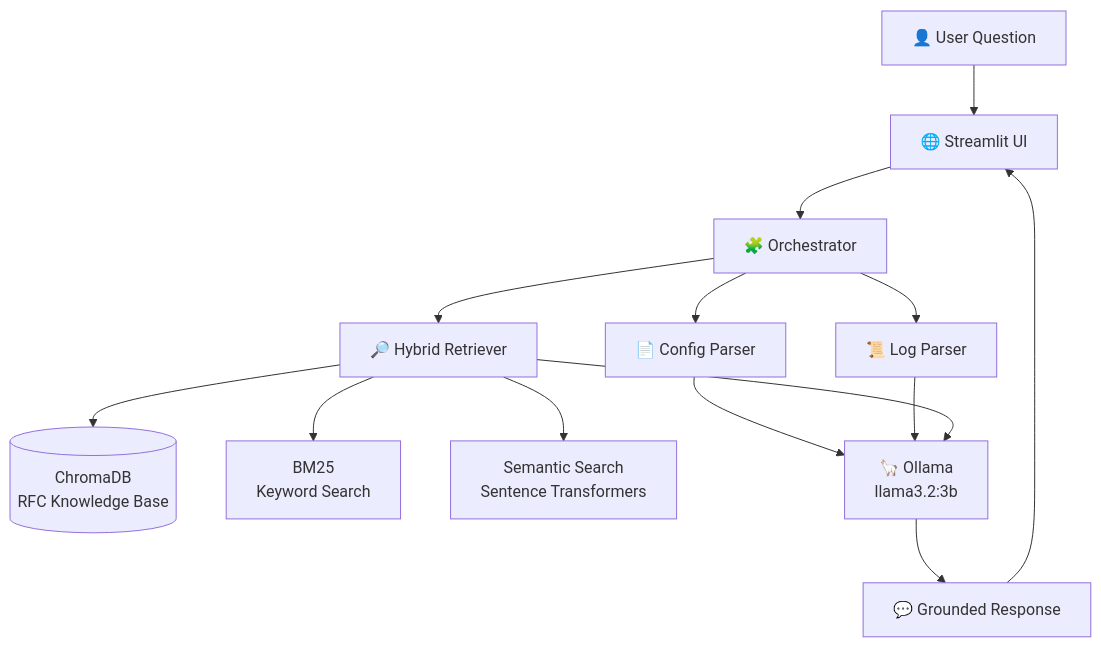
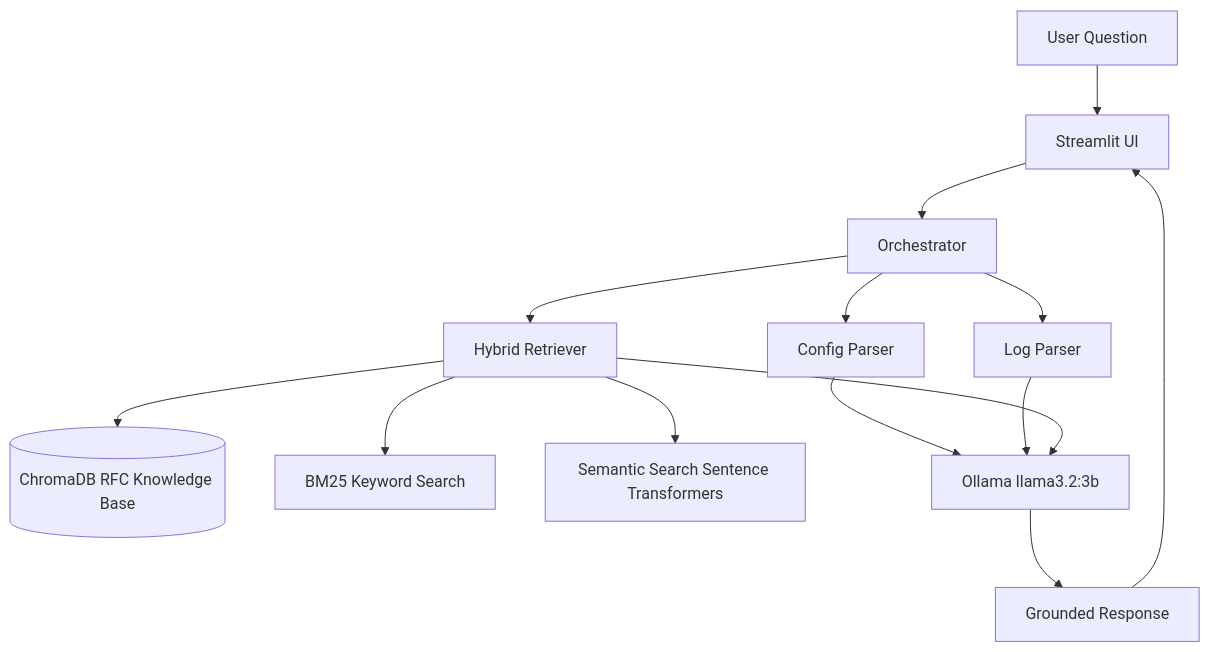
One commit to KonstantinosBountou/ai-network-copilot changed the diagram in README.md. Above: the diagram before and after it, drawn with Mermaid. The commit also changed other lines of this file, not shown here.

````diff
--- a/README.md
+++ b/README.md
@@ -19,43 +55,32 @@
 ```mermaid
 flowchart TD
-
-    A[👤 User Question]
-
-    B[🌐 Streamlit UI]
-
-    C[🧩 Orchestrator]
-
-    D[📄 Config Parser]
-
-    E[📜 Log Parser]
-
-    F[🔎 Hybrid Retriever]
-
-    G[(ChromaDB<br/>RFC Knowledge Base)]
-
-    H[BM25<br/>Keyword Search]
-
-    I[Semantic Search<br/>Sentence Transformers]
-
-    J[🦙 Ollama<br/>llama3.2:3b]
-
-    K[💬 Grounded Response]
+    A[User Question]
+    B[Streamlit UI]
+    C[Orchestrator]
+    D[Config Parser]
+    E[Log Parser]
+    F[Hybrid Retriever]
+    G[(ChromaDB RFC Knowledge Base)]
+    H[BM25 Keyword Search]
+    I[Semantic Search Sentence Transformers]
+    J[Ollama llama3.2:3b]
+    K[Grounded Response]
 
     A --> B
     B --> C
 
     C --> D
     C --> E
     C --> F
 
     F --> G
     F --> H
     F --> I
 
     D --> J
     E --> J
     F --> J
 
     J --> K
     K --> B
 ```
````
